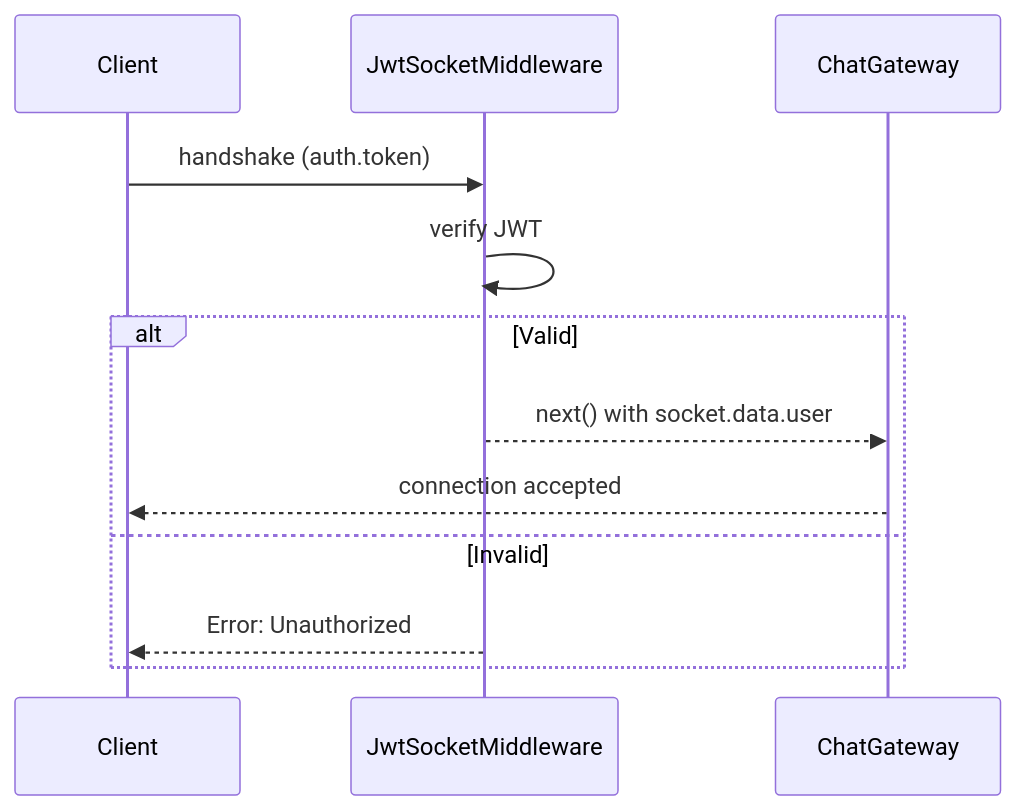
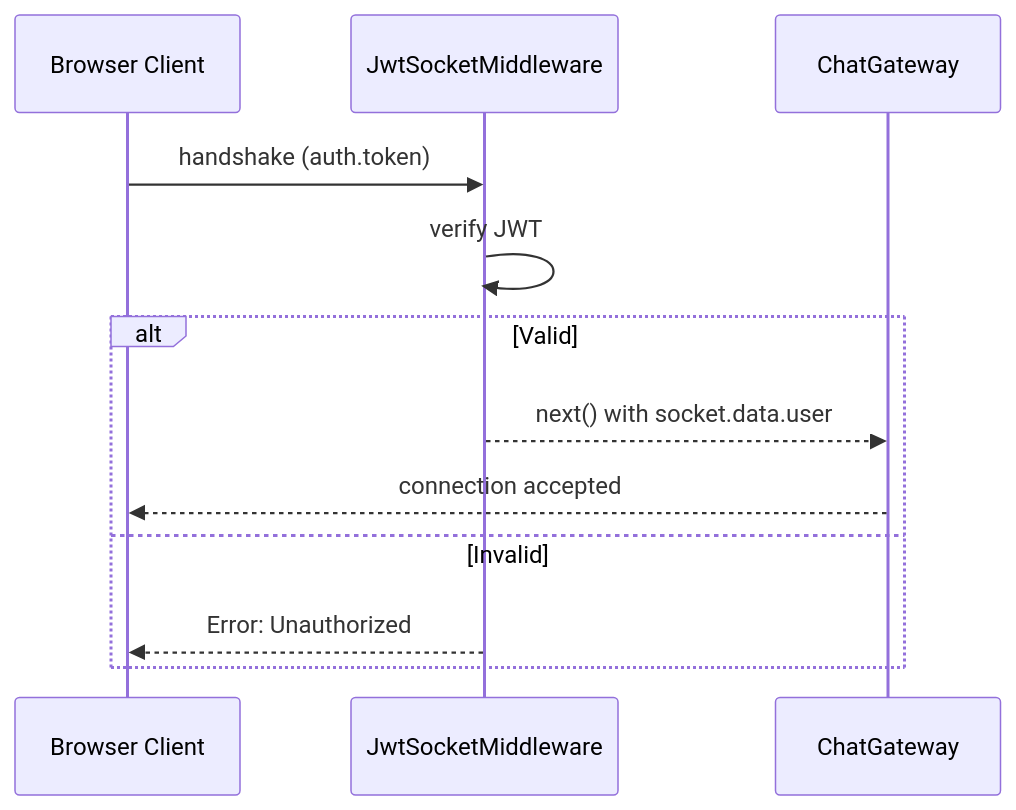
Before and after one commit to starci-lab/starci-academy-backend: the diagram in .mount/data/courses/0-fullstack-mastery/modules/4-websocket-and-realtime-communication/contents/1-socketio-security-jwt/en.md, drawn with Mermaid. The commit also changed other lines of this file and 69 other files, not shown here.

````diff
--- a/.mount/data/courses/0-fullstack-mastery/modules/4-websocket-and-realtime-communication/contents/1-socketio-security-jwt/en.md
+++ b/.mount/data/courses/0-fullstack-mastery/modules/4-websocket-and-realtime-communication/contents/1-socketio-security-jwt/en.md
@@ -44,14 +45,14 @@
 ```mermaid
 sequenceDiagram
-    participant C as Client
+    participant C as Browser Client
     participant MW as JwtSocketMiddleware
     participant GW as ChatGateway
     C->>MW: handshake (auth.token)
     MW->>MW: verify JWT
     alt Valid
         MW-->>GW: next() with socket.data.user
         GW-->>C: connection accepted
     else Invalid
         MW-->>C: Error: Unauthorized
     end
 ```
````
